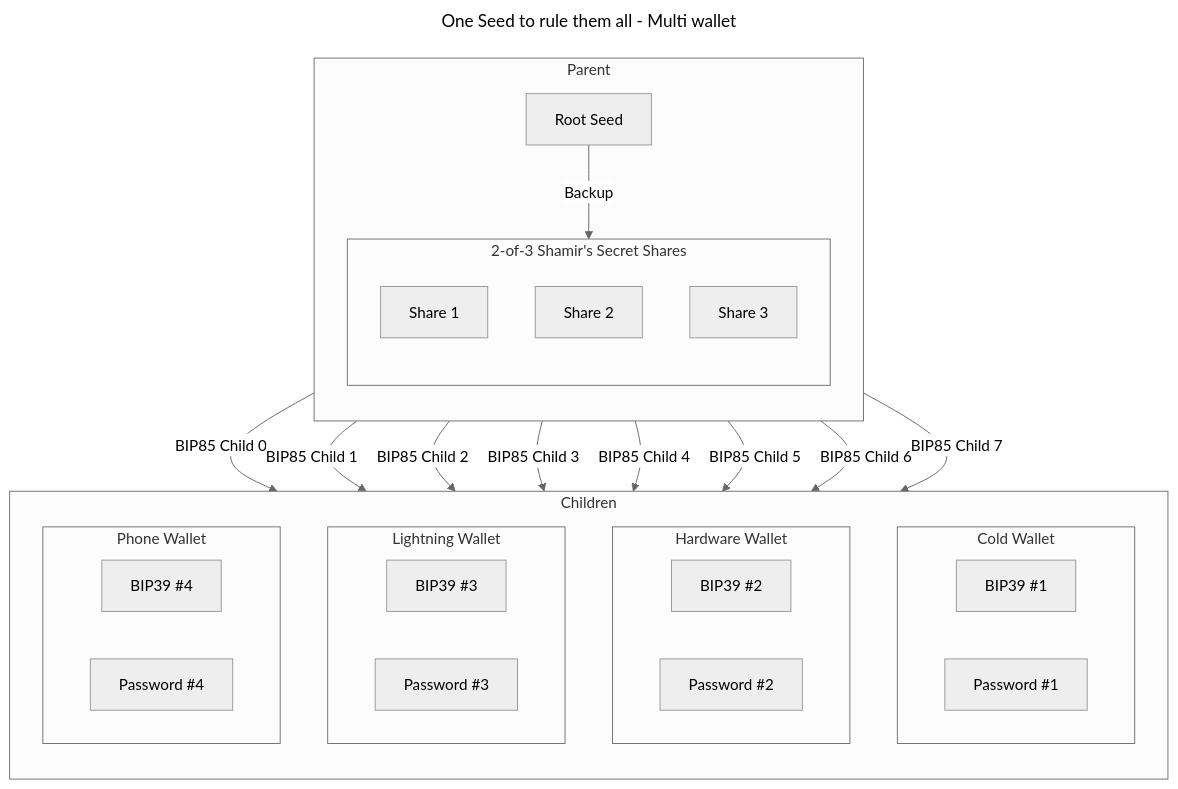
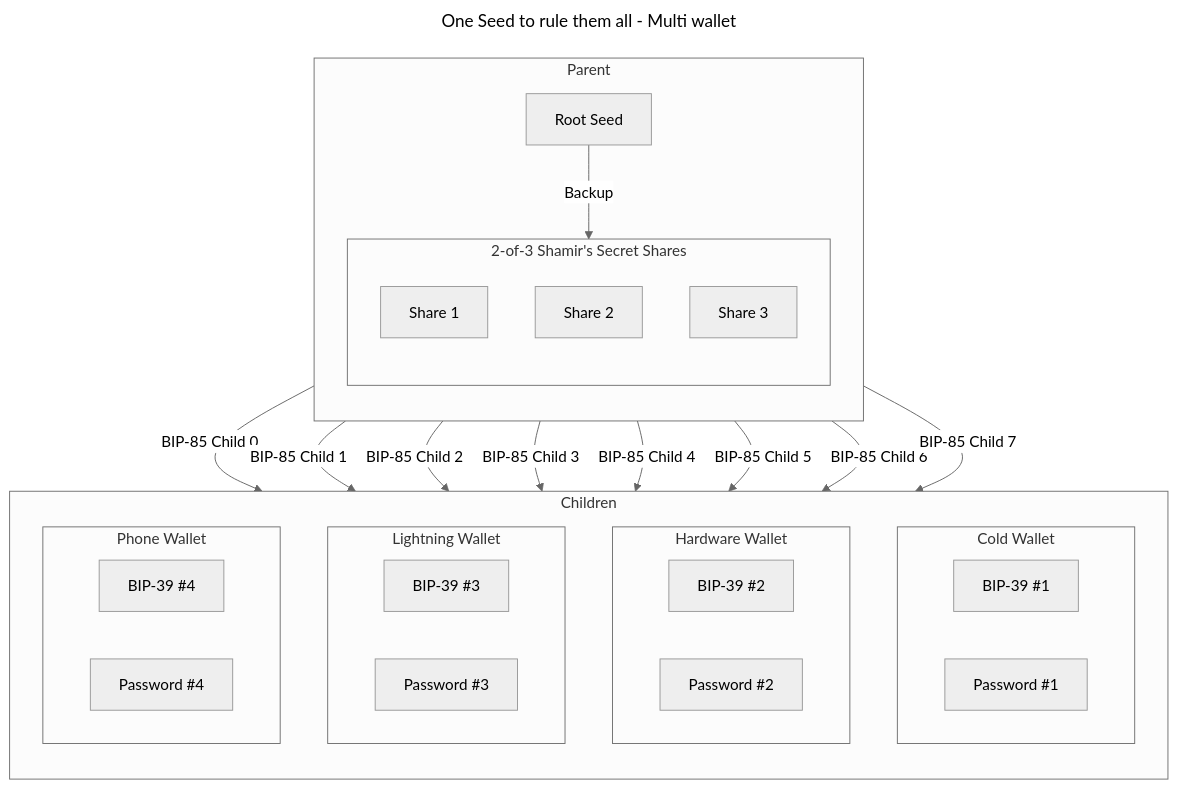
One commit to LedgerHQ/app-seed-tool changed the second of 3 diagrams in README.md. Above: the diagram before and after it, drawn with Mermaid (neutral theme). The commit also changed other lines of this file and 10 other files, not shown here.

````diff
--- a/README.md
+++ b/README.md
@@ -114,48 +135,48 @@
 ```mermaid
 ---
 title: One Seed to rule them all - Multi wallet
 ---
 flowchart TB
     1.1 --> |Backup| 1.2
-    1 --> |BIP85 Child 0| 2.1.1
-    1 --> |BIP85 Child 1| 2.1.2
-    1 --> |BIP85 Child 2| 2.2.1
-    1 --> |BIP85 Child 3| 2.2.2
-    1 --> |BIP85 Child 4| 2.3.1
-    1 --> |BIP85 Child 5| 2.3.2
-    1 --> |BIP85 Child 6| 2.4.1
-    1 --> |BIP85 Child 7| 2.4.2
+    1 --> |BIP-85 Child 0| 2.1.1
+    1 --> |BIP-85 Child 1| 2.1.2
+    1 --> |BIP-85 Child 2| 2.2.1
+    1 --> |BIP-85 Child 3| 2.2.2
+    1 --> |BIP-85 Child 4| 2.3.1
+    1 --> |BIP-85 Child 5| 2.3.2
+    1 --> |BIP-85 Child 6| 2.4.1
+    1 --> |BIP-85 Child 7| 2.4.2
     subgraph 1[Parent]
         direction TB
         1.1[Root Seed]
         subgraph 1.2[2-of-3 Shamir's Secret Shares]
             direction BT
             1.2.1[Share 1]
             1.2.2[Share 2]
             1.2.3[Share 3]
         end
     end
     subgraph 2[Children]
         direction TB
         subgraph 2.1[Cold Wallet]
             direction LR
-            2.1.1[BIP39 #1]
+            2.1.1[BIP-39 #1]
             2.1.2[Password #1]
             end
             subgraph 2.2[Hardware Wallet]
             direction LR
-            2.2.1[BIP39 #2]
+            2.2.1[BIP-39 #2]
             2.2.2[Password #2]
             end
             subgraph 2.3[Lightning Wallet]
             direction LR
-            2.3.1[BIP39 #3]
+            2.3.1[BIP-39 #3]
             2.3.2[Password #3]
             end
             subgraph 2.4[Phone Wallet]
             direction LR
-            2.4.1[BIP39 #4]
+            2.4.1[BIP-39 #4]
             2.4.2[Password #4]
             end
     end
 ```
````
